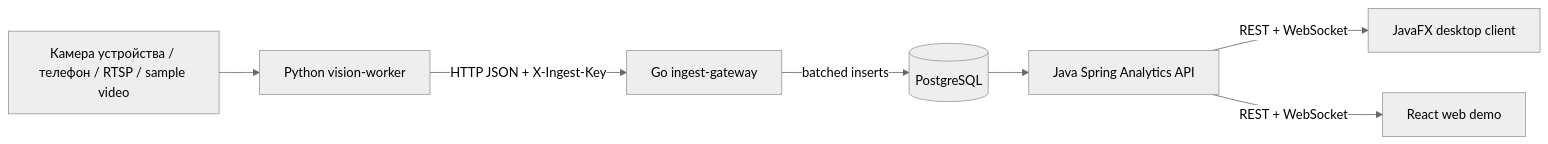
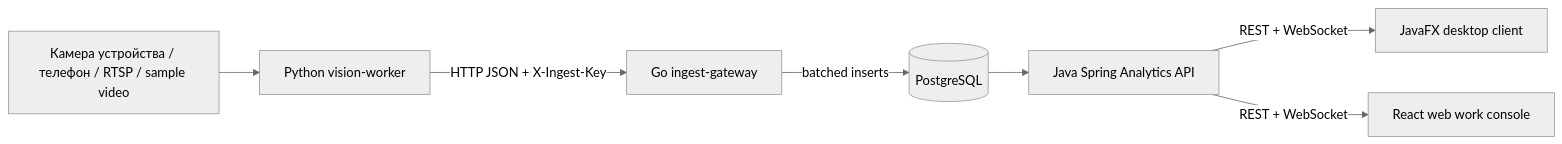
One commit to fakedesyncc/AudienceFlow changed the diagram in README.md. Above: the diagram before and after it, drawn with Mermaid (neutral theme). The commit also changed other lines of this file and 18 other files, not shown here.

Commit message:
feat(web): split demo and work consoles (#24)

````diff
--- a/README.md
+++ b/README.md
@@ -65,9 +69,9 @@
 ```mermaid
 flowchart LR
     Camera["Камера устройства / телефон / RTSP / sample video"] --> Worker["Python vision-worker"]
     Worker -->|"HTTP JSON + X-Ingest-Key"| Gateway["Go ingest-gateway"]
     Gateway -->|"batched inserts"| DB[(PostgreSQL)]
     DB --> API["Java Spring Analytics API"]
     API -->|"REST + WebSocket"| Desktop["JavaFX desktop client"]
-    API -->|"REST + WebSocket"| Web["React web demo"]
+    API -->|"REST + WebSocket"| Web["React web work console"]
 ```
````
